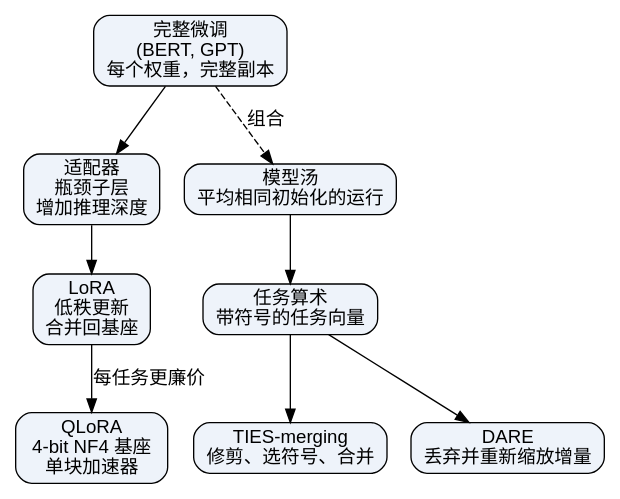
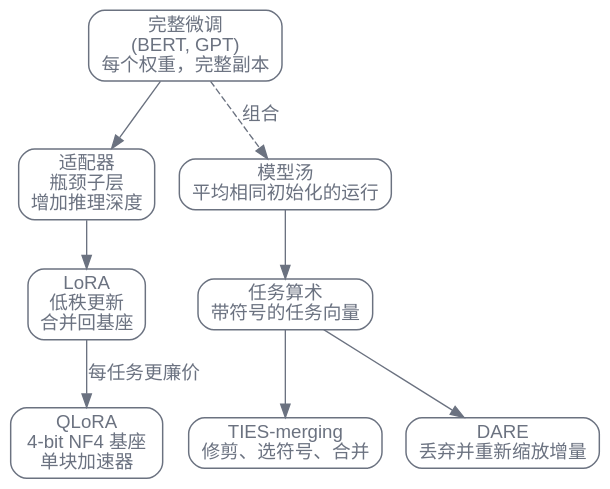
The second of 3 diagrams in zh/p2-adaptation/09-sft-peft.qmd (latere-ai/ai-as-an-infrastructure), drawn with Graphviz before and after one commit. The commit also changed other lines of this file and 186 other files, not shown here.

First line of the commit message:
book: visual audit pass on all diagrams and figures

````diff
--- a/zh/p2-adaptation/09-sft-peft.qmd
+++ b/zh/p2-adaptation/09-sft-peft.qmd
@@ -93,26 +92,27 @@
 ```{dot}
 //| label: fig-sft-peft-lineage
 //| fig-cap: "适配的两条谱系。效率主线把每任务成本从一份完整副本压到单卡；合并支线把已完成的检查点组合起来，无需再训练。"
 digraph {
   rankdir=TB;
-  node [shape=box, style="rounded,filled", fillcolor="#eef3fa", color="#5a7", fontname="Helvetica"];
-  edge [color="#777"];
+  bgcolor="transparent";
+  node [shape=box, style="rounded", fontname="Helvetica", color="#6b7280", fontcolor="#6b7280", penwidth=1.1];
+  edge [color="#6b7280", fontcolor="#6b7280"];
 
   full [label="完整微调\n(BERT, GPT)\n每个权重，完整副本"];
   adapt [label="适配器\n瓶颈子层\n增加推理深度"];
   lora [label="LoRA\n低秩更新\n合并回基座"];
   qlora [label="QLoRA\n4-bit NF4 基座\n单块加速器"];
 
   soup [label="模型汤\n平均相同初始化的运行"];
   task [label="任务算术\n带符号的任务向量"];
   ties [label="TIES-merging\n修剪、选符号、合并"];
   dare [label="DARE\n丢弃并重新缩放增量"];
 
   full -> adapt;
   adapt -> lora;
   lora -> qlora [label="每任务更廉价"];
   full -> soup [style=dashed, label="组合"];
   soup -> task -> ties;
   task -> dare;
 }
 ```
````
